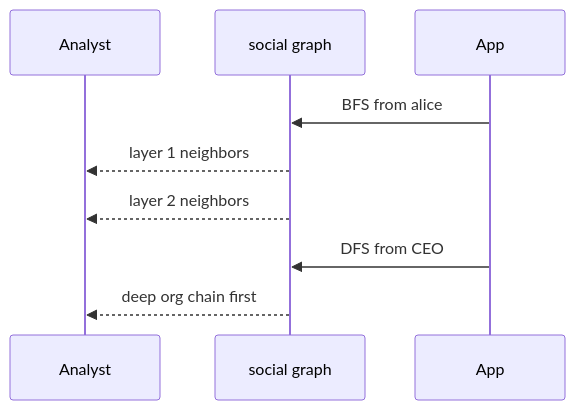
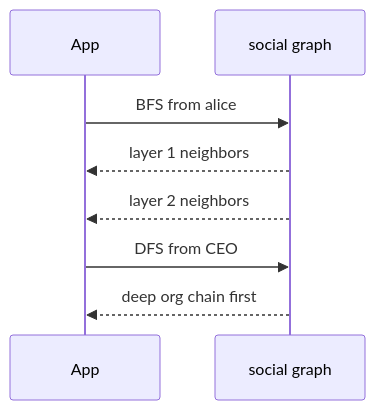
One commit to qgjones9/python-programming-guide changed the fifth of 6 diagrams in docs/dsa/data-structures/graphs/index.md. Above: the diagram before and after it, drawn with Mermaid. The commit also changed other lines of this file and 19 other files, not shown here.

````diff
--- a/docs/dsa/data-structures/graphs/index.md
+++ b/docs/dsa/data-structures/graphs/index.md
@@ -322,10 +322,10 @@
 ```mermaid
 sequenceDiagram
- participant Analyst
+ participant App
  participant G as social graph
  App->>G: BFS from alice
- G-->>Analyst: layer 1 neighbors
- G-->>Analyst: layer 2 neighbors
+ G-->>App: layer 1 neighbors
+ G-->>App: layer 2 neighbors
  App->>G: DFS from CEO
- G-->>Analyst: deep org chain first
+ G-->>App: deep org chain first
 ```
````
